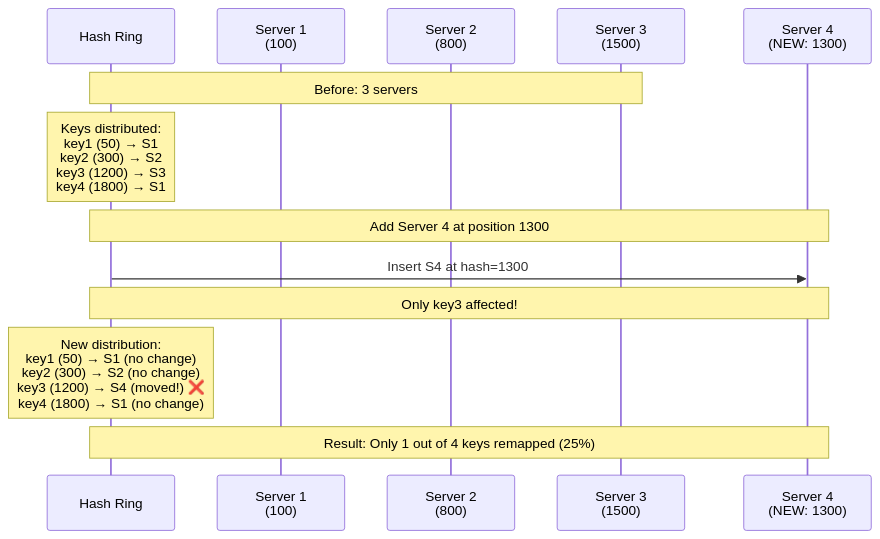
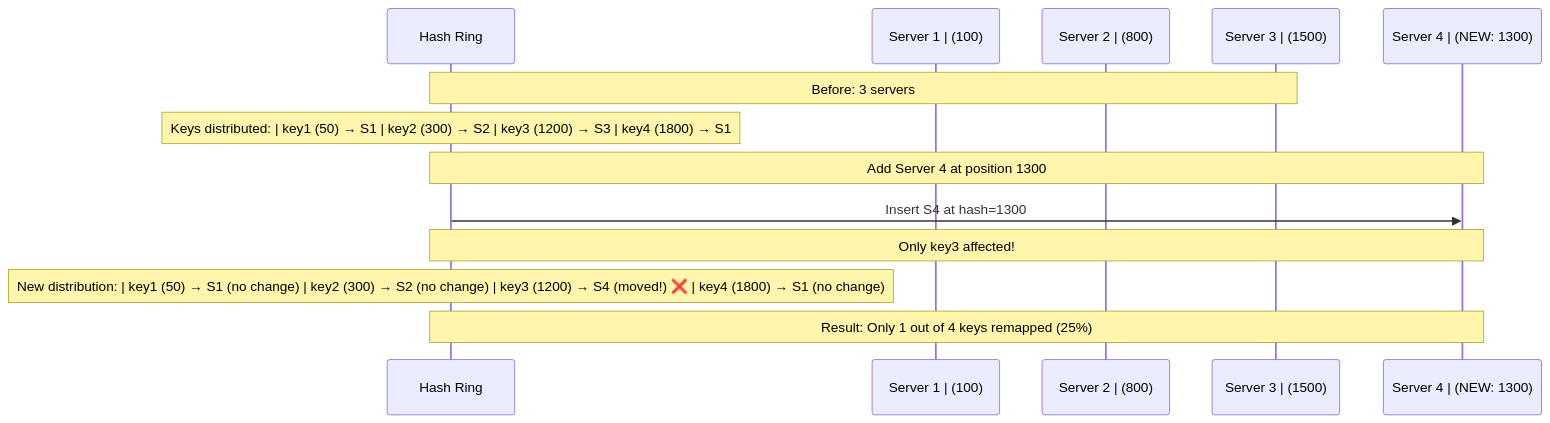
One commit to p1kmr/for-reading changed the fifth of 14 diagrams in HLD/foundation/14_consistent-hashing.md. Above: the diagram before and after it, drawn with Mermaid. The commit also changed other lines of this file and 14 other files, not shown here.

Commit message:
Fix Mermaid diagram syntax: Replace <br/> with <br> for GitHub compatibility

````diff
--- a/HLD/foundation/14_consistent-hashing.md
+++ b/HLD/foundation/14_consistent-hashing.md
@@ -168,22 +168,22 @@
 ```mermaid
 sequenceDiagram
     participant Ring as Hash Ring
-    participant S1 as Server 1<br/>(100)
-    participant S2 as Server 2<br/>(800)
-    participant S3 as Server 3<br/>(1500)
-    participant S4 as Server 4<br/>(NEW: 1300)
+    participant S1 as Server 1 | (100)
+    participant S2 as Server 2 | (800)
+    participant S3 as Server 3 | (1500)
+    participant S4 as Server 4 | (NEW: 1300)
 
     Note over Ring,S3: Before: 3 servers
 
-    Note over Ring: Keys distributed:<br/>key1 (50) → S1<br/>key2 (300) → S2<br/>key3 (1200) → S3<br/>key4 (1800) → S1
+    Note over Ring: Keys distributed: | key1 (50) → S1 | key2 (300) → S2 | key3 (1200) → S3 | key4 (1800) → S1
 
     Note over Ring,S4: Add Server 4 at position 1300
 
     Ring->>S4: Insert S4 at hash=1300
 
     Note over Ring,S4: Only key3 affected!
 
-    Note over Ring: New distribution:<br/>key1 (50) → S1 (no change)<br/>key2 (300) → S2 (no change)<br/>key3 (1200) → S4 (moved!) ❌<br/>key4 (1800) → S1 (no change)
+    Note over Ring: New distribution: | key1 (50) → S1 (no change) | key2 (300) → S2 (no change) | key3 (1200) → S4 (moved!) ❌ | key4 (1800) → S1 (no change)
 
     Note over Ring,S4: Result: Only 1 out of 4 keys remapped (25%)
 ```
````
